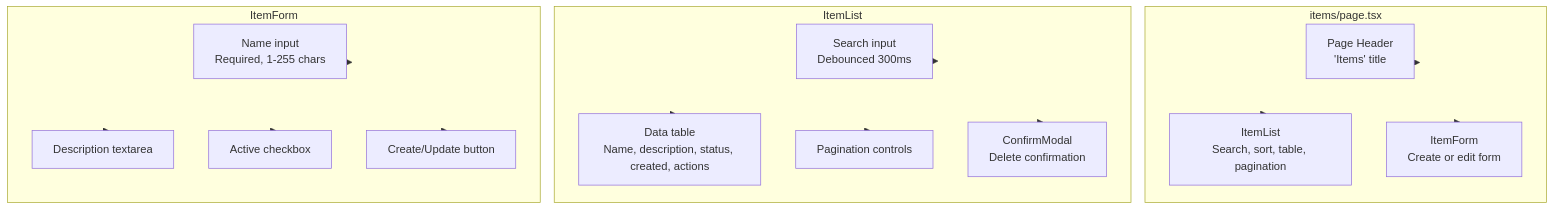
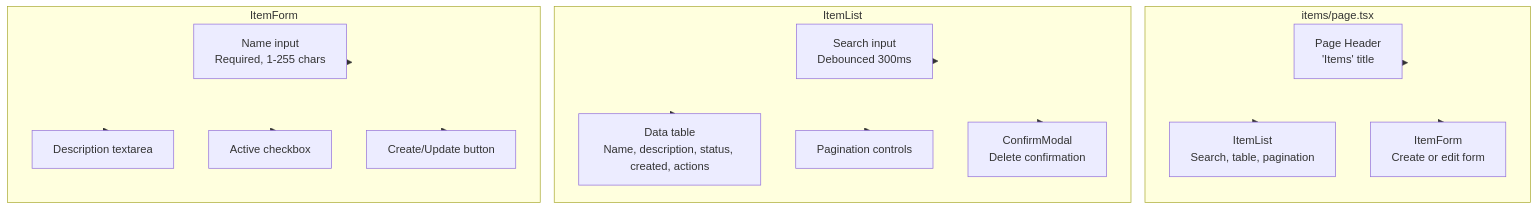
One commit to berserkhmdvhb/fullstack_template changed the third of 10 diagrams in wiki/frontend-architecture.md. Above: the diagram before and after it, drawn with Mermaid. The commit also changed other lines of this file and 27 other files, not shown here.

````diff
--- a/wiki/frontend-architecture.md
+++ b/wiki/frontend-architecture.md
@@ -187,34 +187,34 @@
 ```mermaid
 flowchart TB
     subgraph ItemsPage["items/page.tsx"]
         Header["Page Header<br/>'Items' title"]
-        List["ItemList<br/>Search, sort, table, pagination"]
+        List["ItemList<br/>Search, table, pagination"]
         Form["ItemForm<br/>Create or edit form"]
     end
 
     subgraph ItemList["ItemList"]
         Search["Search input<br/>Debounced 300ms"]
         Table["Data table<br/>Name, description, status, created, actions"]
         Pagination["Pagination controls"]
         DeleteModal["ConfirmModal<br/>Delete confirmation"]
     end
 
     subgraph ItemForm["ItemForm"]
         NameField["Name input<br/>Required, 1-255 chars"]
         DescField["Description textarea"]
         ActiveCheck["Active checkbox"]
         SubmitBtn["Create/Update button"]
     end
 
     ItemsPage --> Header
     ItemsPage --> List
     ItemsPage --> Form
     ItemList --> Search
     ItemList --> Table
     ItemList --> Pagination
     ItemList --> DeleteModal
     ItemForm --> NameField
     ItemForm --> DescField
     ItemForm --> ActiveCheck
     ItemForm --> SubmitBtn
 ```
````
